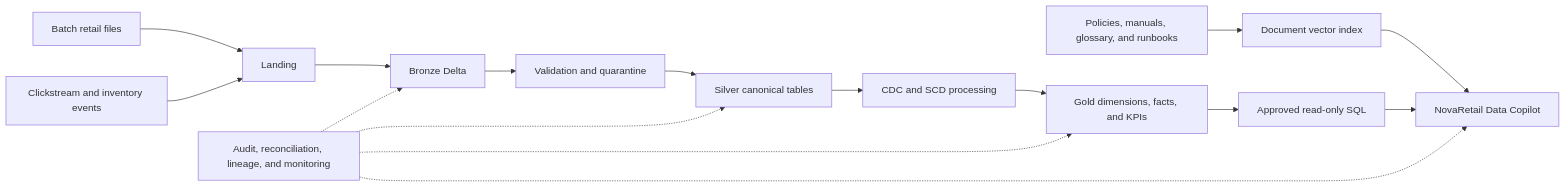
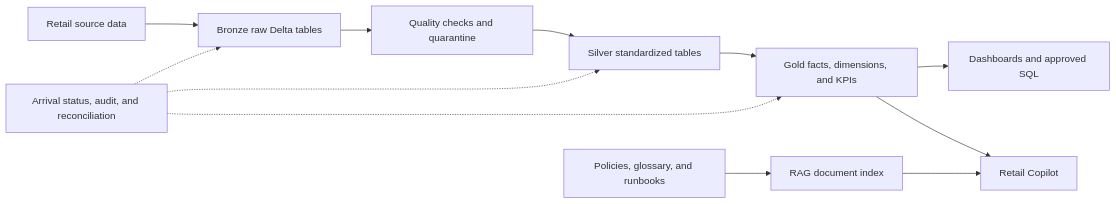
The diagram in README.md (prasanthpalle77-ctrl/Retail-project-), drawn with Mermaid before and after one commit. The commit also changed other lines of this file and 53 other files, not shown here.

````diff
--- a/README.md
+++ b/README.md
@@ -28,18 +19,14 @@
 ```mermaid
 flowchart LR
-    S1["Batch retail files"] --> L["Landing"]
-    S2["Clickstream and inventory events"] --> L
-    L --> B["Bronze Delta"]
-    B --> Q["Validation and quarantine"]
-    Q --> S["Silver canonical tables"]
-    S --> C["CDC and SCD processing"]
-    C --> G["Gold dimensions, facts, and KPIs"]
-    D["Policies, manuals, glossary, and runbooks"] --> V["Document vector index"]
-    G --> SQL["Approved read-only SQL"]
-    V --> R["NovaRetail Data Copilot"]
-    SQL --> R
-    O["Audit, reconciliation, lineage, and monitoring"] -.-> B
-    O -.-> S
-    O -.-> G
-    O -.-> R
+    A["Retail source data"] --> B["Bronze raw Delta tables"]
+    B --> C["Quality checks and quarantine"]
+    C --> D["Silver standardized tables"]
+    D --> E["Gold facts, dimensions, and KPIs"]
+    E --> F["Dashboards and approved SQL"]
+    G["Policies, glossary, and runbooks"] --> H["RAG document index"]
+    E --> I["Retail Copilot"]
+    H --> I
+    J["Arrival status, audit, and reconciliation"] -.-> B
+    J -.-> D
+    J -.-> E
 ```
````
